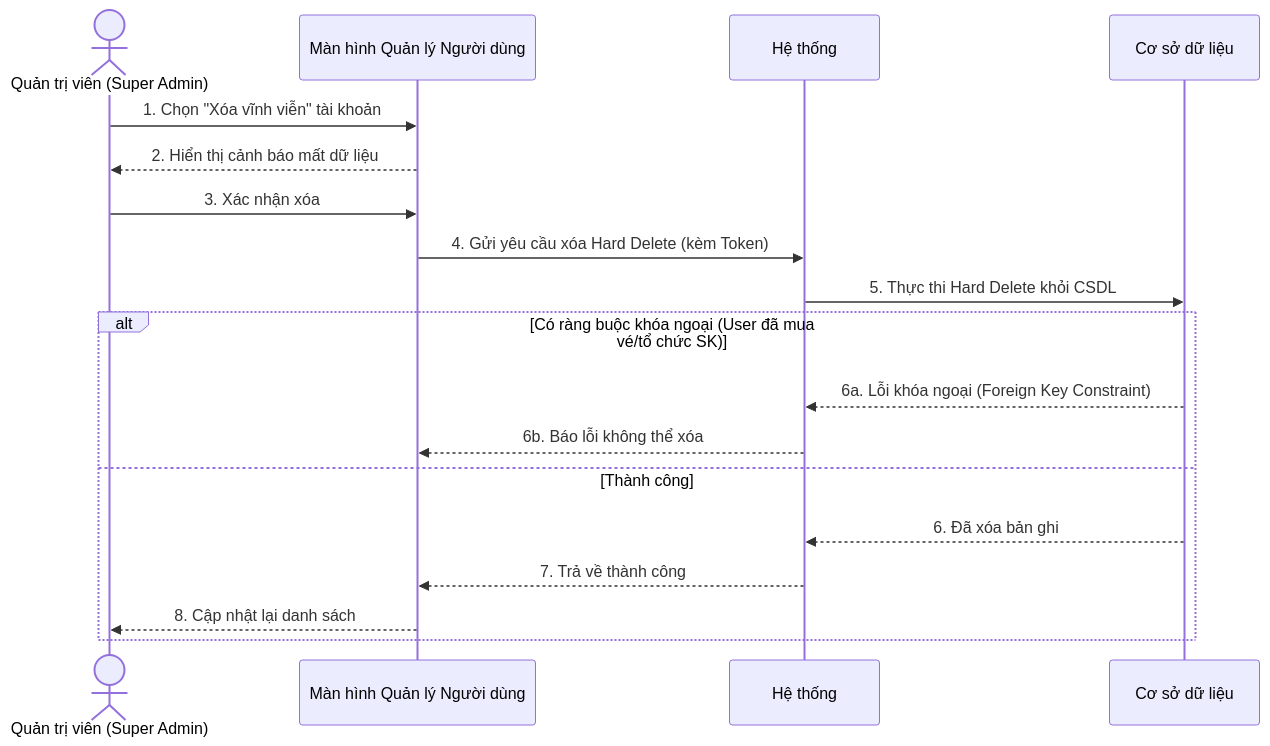
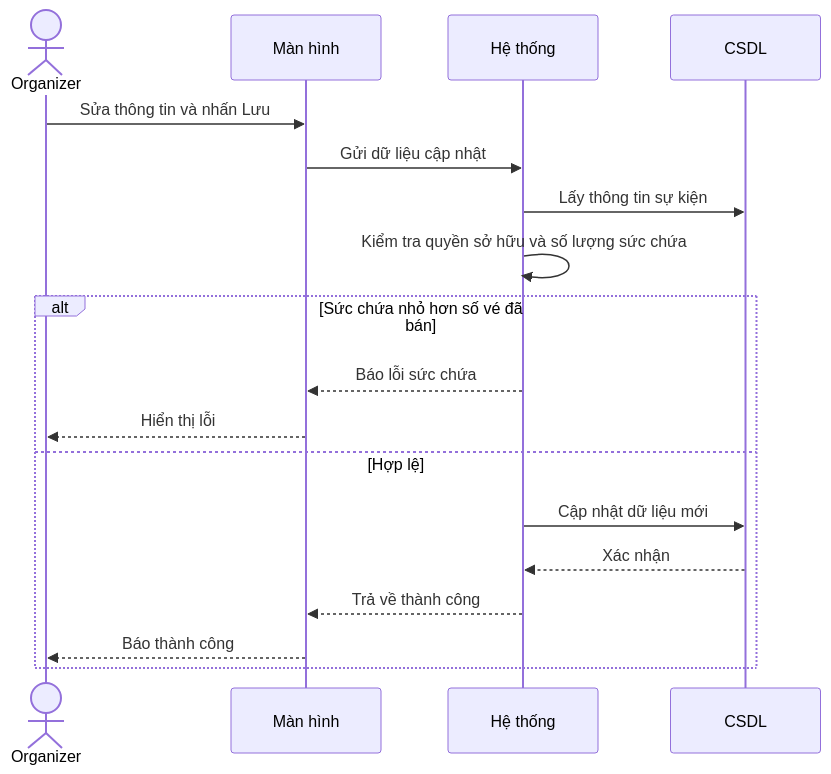
One commit to ChuDucAnh21/BE-quan-ly-su-kien changed the second of 6 diagrams in doc/system_analysis/sequence diagram/05b_sequence_admin_event_staff.md. Above: the diagram before and after it, drawn with Mermaid. The commit also changed other lines of this file and 14 other files, not shown here.

````diff
--- a/doc/system_analysis/sequence diagram/05b_sequence_admin_event_staff.md
+++ b/doc/system_analysis/sequence diagram/05b_sequence_admin_event_staff.md
@@ -60,21 +32,21 @@
 ```mermaid
 sequenceDiagram
-    actor Admin as Quản trị viên (Super Admin)
-    participant UI as Màn hình Quản lý Người dùng
-    participant HT as Hệ thống
-    participant DB as Cơ sở dữ liệu
+    actor Organizer
+    participant Màn hình
+    participant Hệ thống
+    participant CSDL
 
-    Admin->>UI: 1. Chọn "Xóa vĩnh viễn" tài khoản
-    UI-->>Admin: 2. Hiển thị cảnh báo mất dữ liệu
-    Admin->>UI: 3. Xác nhận xóa
-    UI->>HT: 4. Gửi yêu cầu xóa Hard Delete (kèm Token)
-    HT->>DB: 5. Thực thi Hard Delete khỏi CSDL
-    alt Có ràng buộc khóa ngoại (User đã mua vé/tổ chức SK)
-        DB-->>HT: 6a. Lỗi khóa ngoại (Foreign Key Constraint)
-        HT-->>UI: 6b. Báo lỗi không thể xóa
-    else Thành công
-        DB-->>HT: 6. Đã xóa bản ghi
-        HT-->>UI: 7. Trả về thành công
-        UI-->>Admin: 8. Cập nhật lại danh sách
+    Organizer->>Màn hình: Sửa thông tin và nhấn Lưu
+    Màn hình->>Hệ thống: Gửi dữ liệu cập nhật
+    Hệ thống->>CSDL: Lấy thông tin sự kiện
+    Hệ thống->>Hệ thống: Kiểm tra quyền sở hữu và số lượng sức chứa
+    alt Sức chứa nhỏ hơn số vé đã bán
+        Hệ thống-->>Màn hình: Báo lỗi sức chứa
+        Màn hình-->>Organizer: Hiển thị lỗi
+    else Hợp lệ
+        Hệ thống->>CSDL: Cập nhật dữ liệu mới
+        CSDL-->>Hệ thống: Xác nhận
+        Hệ thống-->>Màn hình: Trả về thành công
+        Màn hình-->>Organizer: Báo thành công
     end
 ```
````
